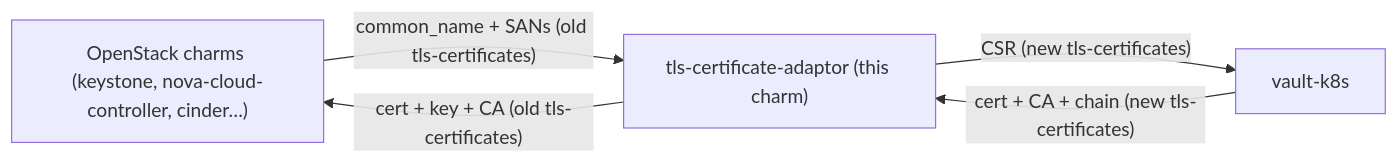
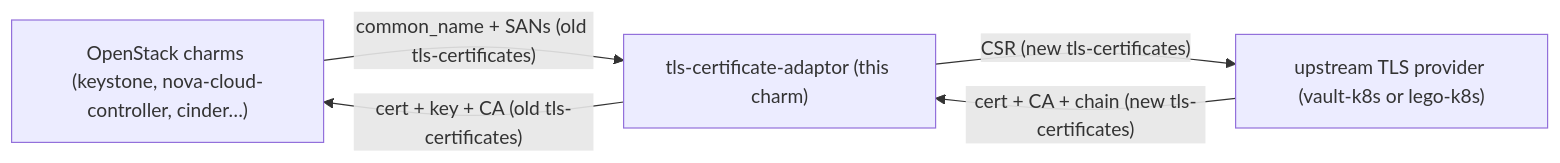
Before and after one commit to chanchiwai-ray/tls-certificates-adaptor-operator: the first of 4 diagrams in docs/specs/2026-04-09-tls-certificate-adaptor/spec.md, drawn with Mermaid. The commit also changed other lines of this file and 2 other files, not shown here.

````diff
--- a/docs/specs/2026-04-09-tls-certificate-adaptor/spec.md
+++ b/docs/specs/2026-04-09-tls-certificate-adaptor/spec.md
@@ -40,11 +40,11 @@
 ```mermaid
 graph LR
     OC["OpenStack charms (keystone, nova-cloud-controller, cinder…)"]
     AD["tls-certificate-adaptor (this charm)"]
-    VK["vault-k8s"]
+    UP["upstream TLS provider (vault-k8s or lego-k8s)"]
 
     OC -- "common_name + SANs (old tls-certificates)" --> AD
-    AD -- "CSR (new tls-certificates)" --> VK
-    VK -- "cert + CA + chain (new tls-certificates)" --> AD
+    AD -- "CSR (new tls-certificates)" --> UP
+    UP -- "cert + CA + chain (new tls-certificates)" --> AD
     AD -- "cert + key + CA (old tls-certificates)" --> OC
 ```
````
